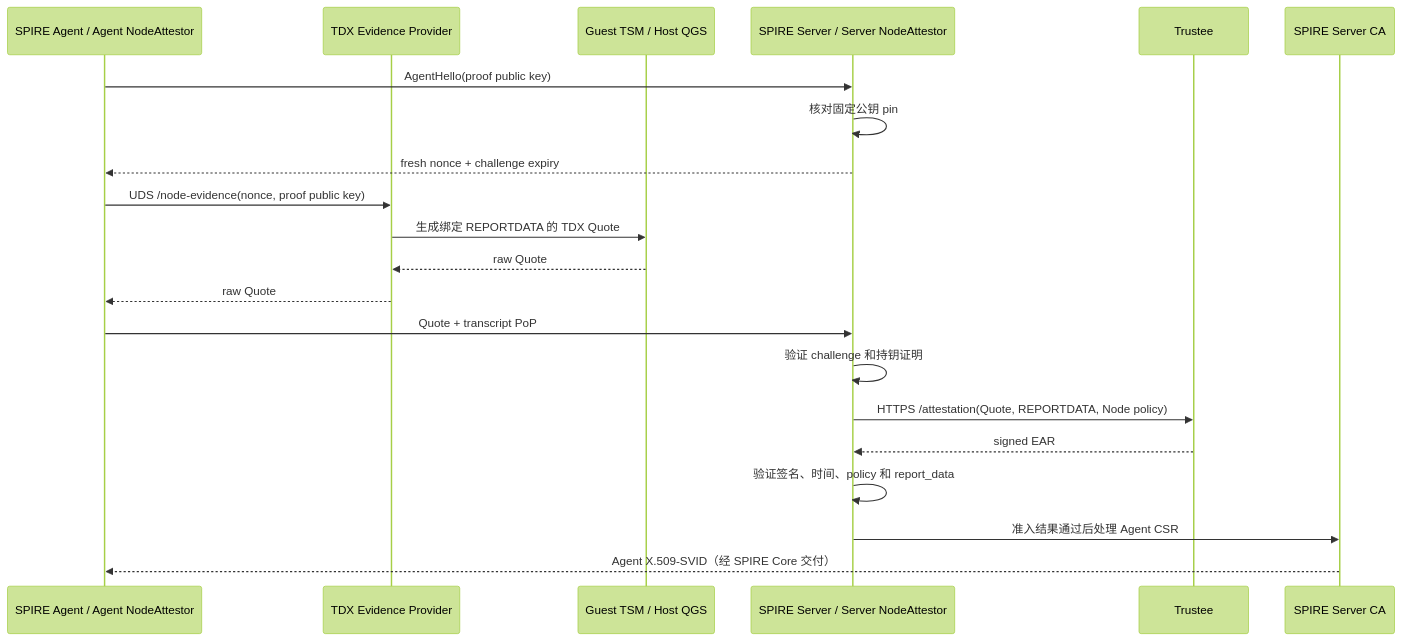
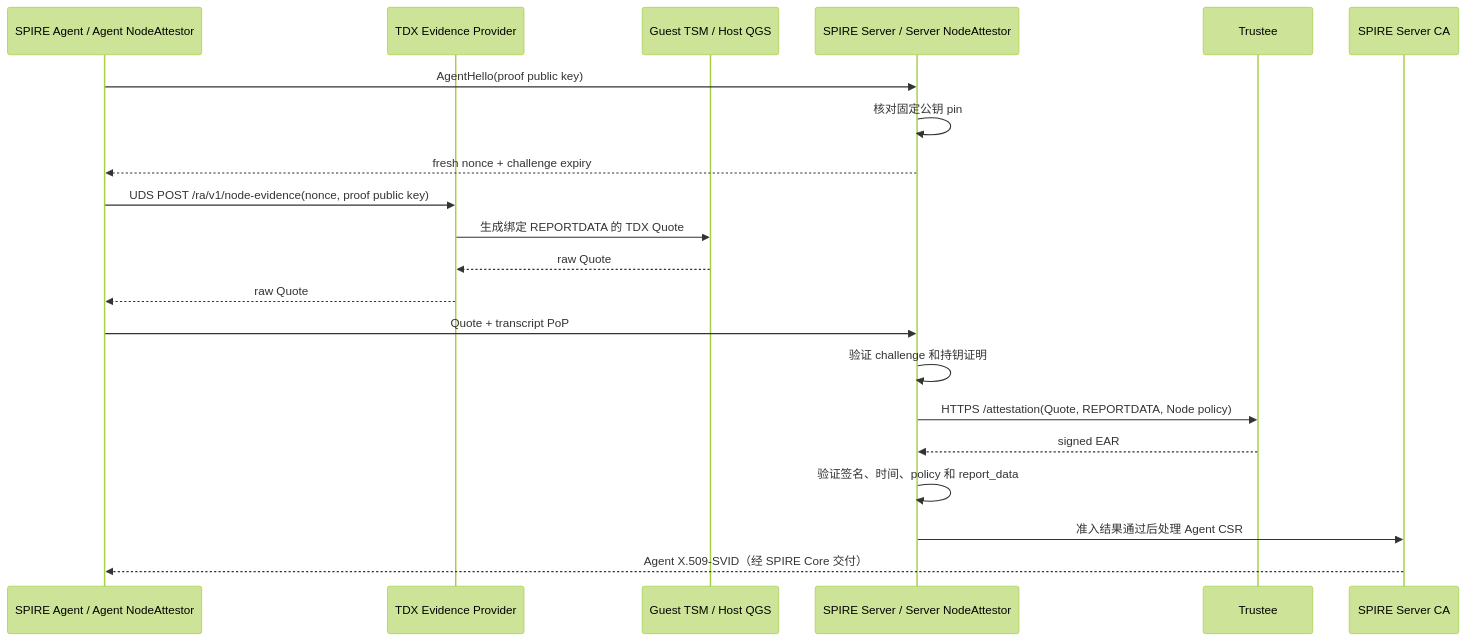
Before and after one commit to 13-pieces-teen/confidential-computing-zoo: the diagram in cczoo/agent-cc/documents_ly/Argus-TDX-Node-Attestation-CN.md, drawn with Mermaid (forest theme). The commit also changed other lines of this file and 7 other files, not shown here.

````diff
--- a/cczoo/agent-cc/documents_ly/Argus-TDX-Node-Attestation-CN.md
+++ b/cczoo/agent-cc/documents_ly/Argus-TDX-Node-Attestation-CN.md
@@ -24,23 +24,23 @@
 ```mermaid
 sequenceDiagram
     participant A as SPIRE Agent / Agent NodeAttestor
     participant P as TDX Evidence Provider
     participant Q as Guest TSM / Host QGS
     participant S as SPIRE Server / Server NodeAttestor
     participant T as Trustee
     participant CA as SPIRE Server CA
     A->>S: AgentHello(proof public key)
     S->>S: 核对固定公钥 pin
     S-->>A: fresh nonce + challenge expiry
-    A->>P: UDS /node-evidence(nonce, proof public key)
+    A->>P: UDS POST /ra/v1/node-evidence(nonce, proof public key)
     P->>Q: 生成绑定 REPORTDATA 的 TDX Quote
     Q-->>P: raw Quote
     P-->>A: raw Quote
     A->>S: Quote + transcript PoP
     S->>S: 验证 challenge 和持钥证明
     S->>T: HTTPS /attestation(Quote, REPORTDATA, Node policy)
     T-->>S: signed EAR
     S->>S: 验证签名、时间、policy 和 report_data
     S->>CA: 准入结果通过后处理 Agent CSR
     CA-->>A: Agent X.509-SVID（经 SPIRE Core 交付）
 ```
````
